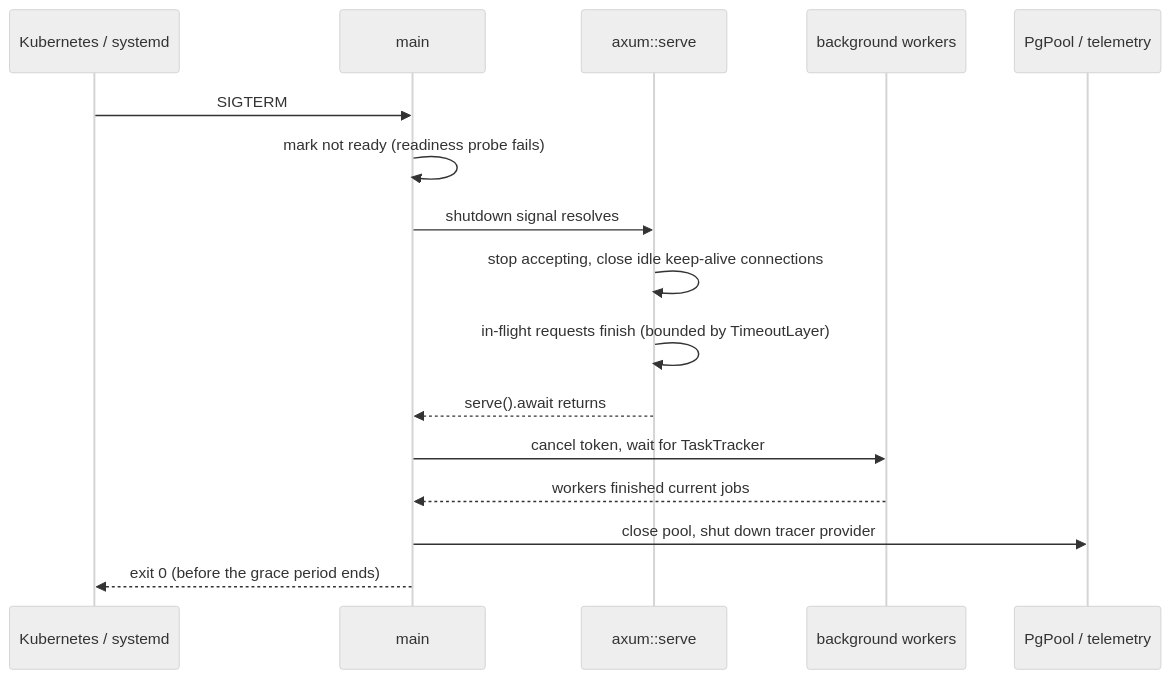
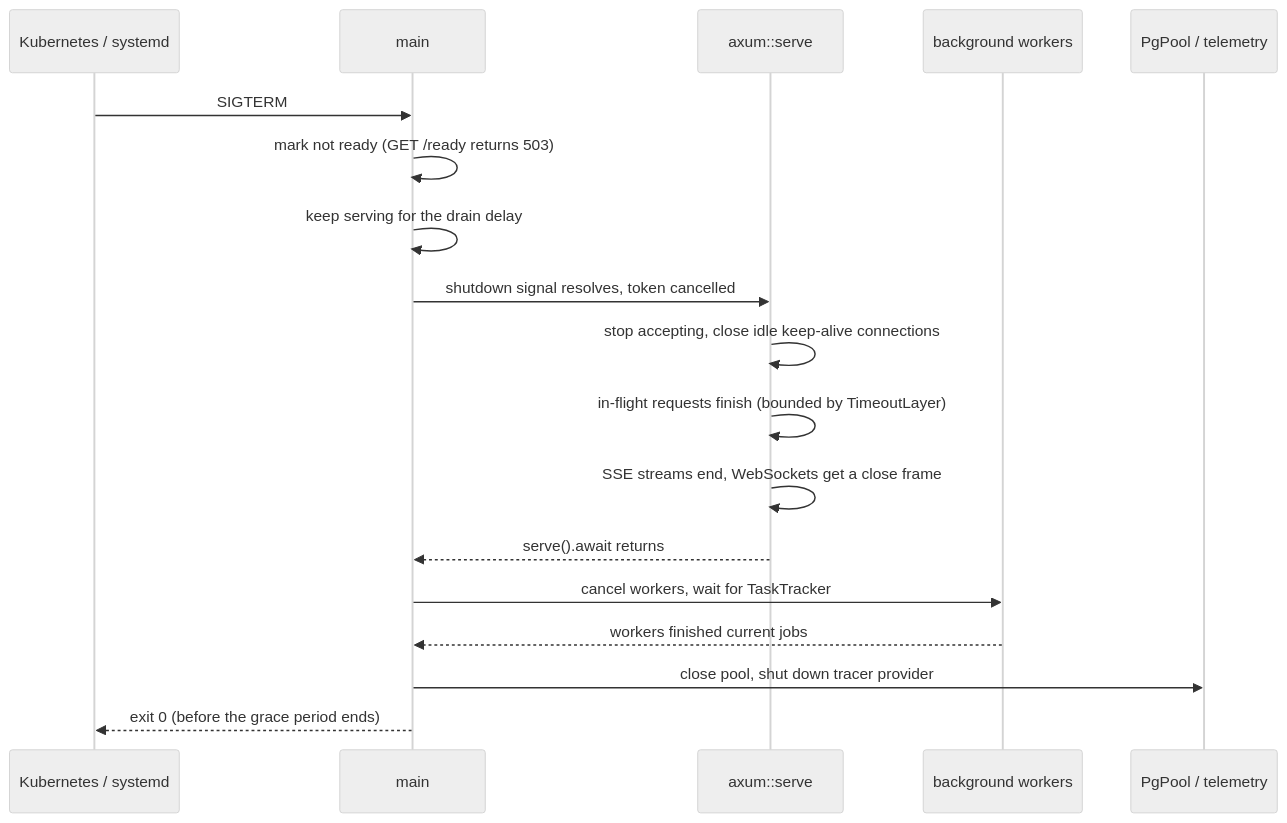
One commit to albertoirurueta/docs changed the diagram in modules/ROOT/pages/backend/axum/graceful-shutdown.adoc. Above: the diagram before and after it, drawn with Mermaid (neutral theme). The commit also changed other lines of this file and 41 other files, not shown here.

```diff
--- a/modules/ROOT/pages/backend/axum/graceful-shutdown.adoc
+++ b/modules/ROOT/pages/backend/axum/graceful-shutdown.adoc
@@ -15,19 +32,21 @@
 [mermaid]
 ....
 sequenceDiagram
     participant K as Kubernetes / systemd
     participant M as main
     participant S as axum::serve
     participant W as background workers
     participant P as PgPool / telemetry
     K->>M: SIGTERM
-    M->>M: mark not ready (readiness probe fails)
-    M->>S: shutdown signal resolves
+    M->>M: mark not ready (GET /ready returns 503)
+    M->>M: keep serving for the drain delay
+    M->>S: shutdown signal resolves, token cancelled
     S->>S: stop accepting, close idle keep-alive connections
     S->>S: in-flight requests finish (bounded by TimeoutLayer)
+    S->>S: SSE streams end, WebSockets get a close frame
     S-->>M: serve().await returns
-    M->>W: cancel token, wait for TaskTracker
+    M->>W: cancel workers, wait for TaskTracker
     W-->>M: workers finished current jobs
     M->>P: close pool, shut down tracer provider
     M-->>K: exit 0 (before the grace period ends)
 ....
```
